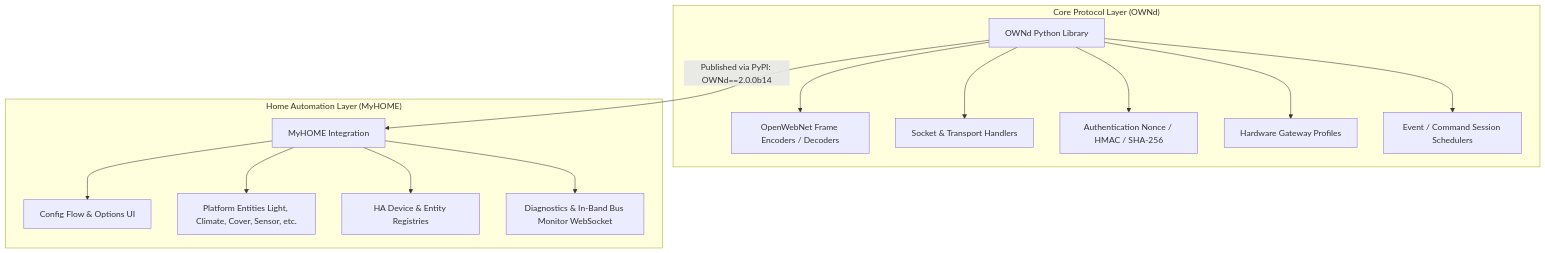
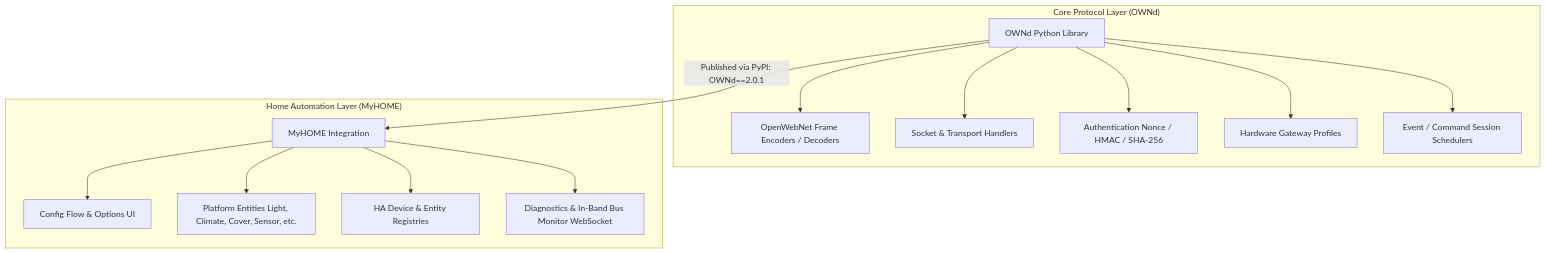
The first of 2 diagrams in docs/architecture/anti-drift-safeguards.md (OpenWebNet-HA/MyHOME), drawn with Mermaid before and after one commit. The commit also changed other lines of this file and 22 other files, not shown here.

````diff
--- a/docs/architecture/anti-drift-safeguards.md
+++ b/docs/architecture/anti-drift-safeguards.md
@@ -11,19 +11,19 @@
 ```mermaid
 graph TD
     subgraph "Core Protocol Layer (OWNd)"
         A[OWNd Python Library] --> A1[OpenWebNet Frame Encoders / Decoders]
         A --> A2[Socket & Transport Handlers]
         A --> A3[Authentication Nonce / HMAC / SHA-256]
         A --> A4[Hardware Gateway Profiles]
         A --> A5[Event / Command Session Schedulers]
     end
 
     subgraph "Home Automation Layer (MyHOME)"
         B[MyHOME Integration] --> B1[Config Flow & Options UI]
         B --> B2[Platform Entities Light, Climate, Cover, Sensor, etc.]
         B --> B3[HA Device & Entity Registries]
         B --> B4[Diagnostics & In-Band Bus Monitor WebSocket]
     end
 
-    A -->|Published via PyPI: OWNd==2.0.0b14| B
+    A -->|Published via PyPI: OWNd==2.0.1| B
 ```
````
